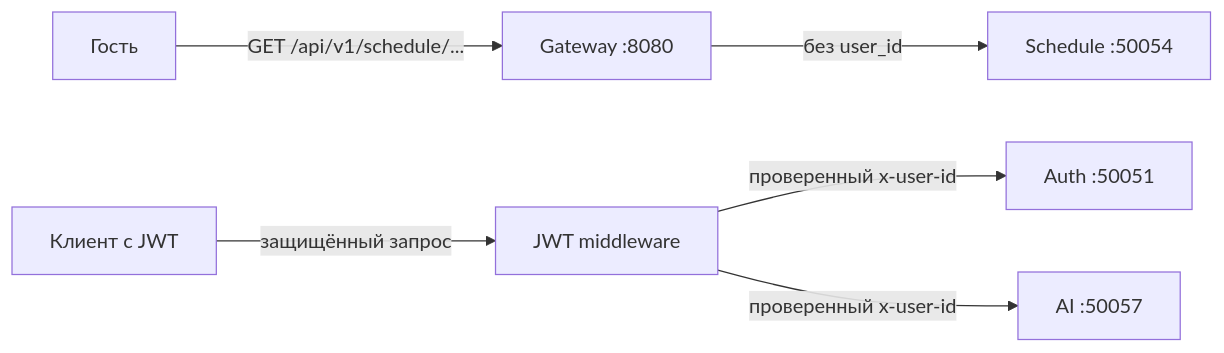
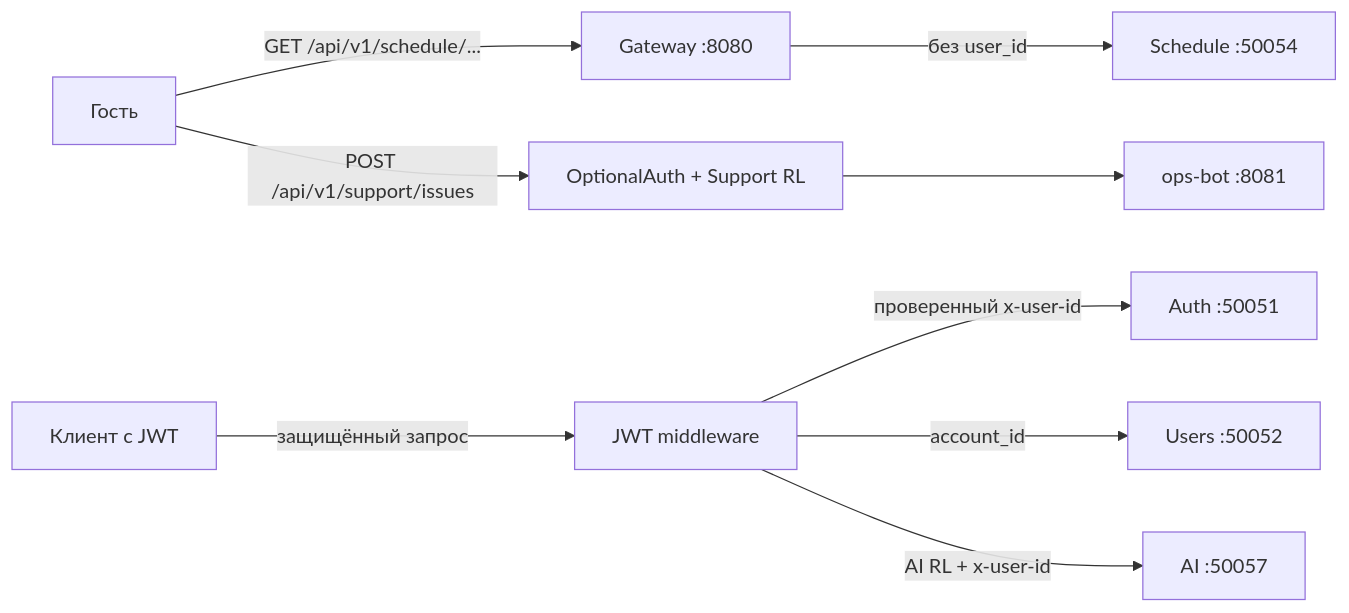
The diagram in docs/gateway/overview.md (orbit-polytech/orbit-docs), drawn with Mermaid before and after one commit. The commit also changed other lines of this file and 74 other files, not shown here.

````diff
--- a/docs/gateway/overview.md
+++ b/docs/gateway/overview.md
@@ -48,8 +55,11 @@
 ```mermaid
 flowchart LR
     Guest["Гость"] -->|GET /api/v1/schedule/...| GW["Gateway :8080"]
+    Guest -->|POST /api/v1/support/issues| OptAuth["OptionalAuth + Support RL"]
+    OptAuth --> OpsBot["ops-bot :8081"]
     GW -->|без user_id| Schedule["Schedule :50054"]
     User["Клиент с JWT"] -->|защищённый запрос| JWT["JWT middleware"]
     JWT -->|проверенный x-user-id| Auth["Auth :50051"]
-    JWT -->|проверенный x-user-id| AI["AI :50057"]
+    JWT -->|account_id| Users["Users :50052"]
+    JWT -->|AI RL + x-user-id| AI["AI :50057"]
 ```
````
